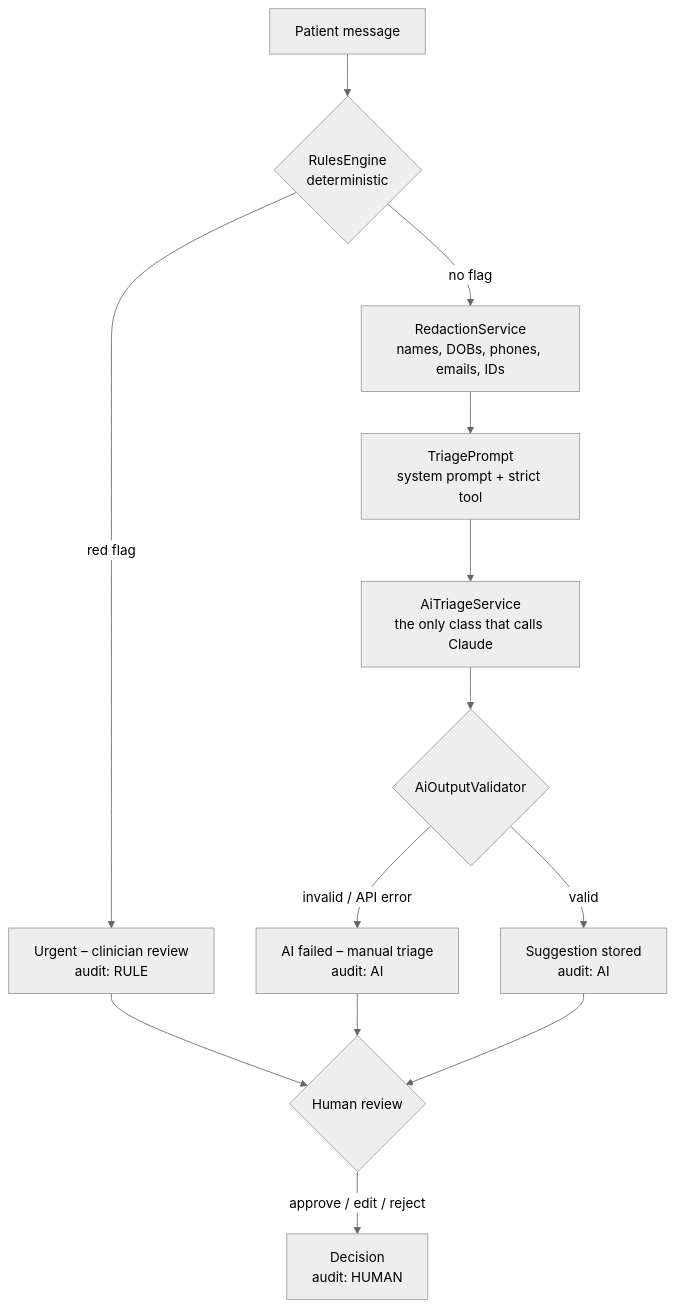
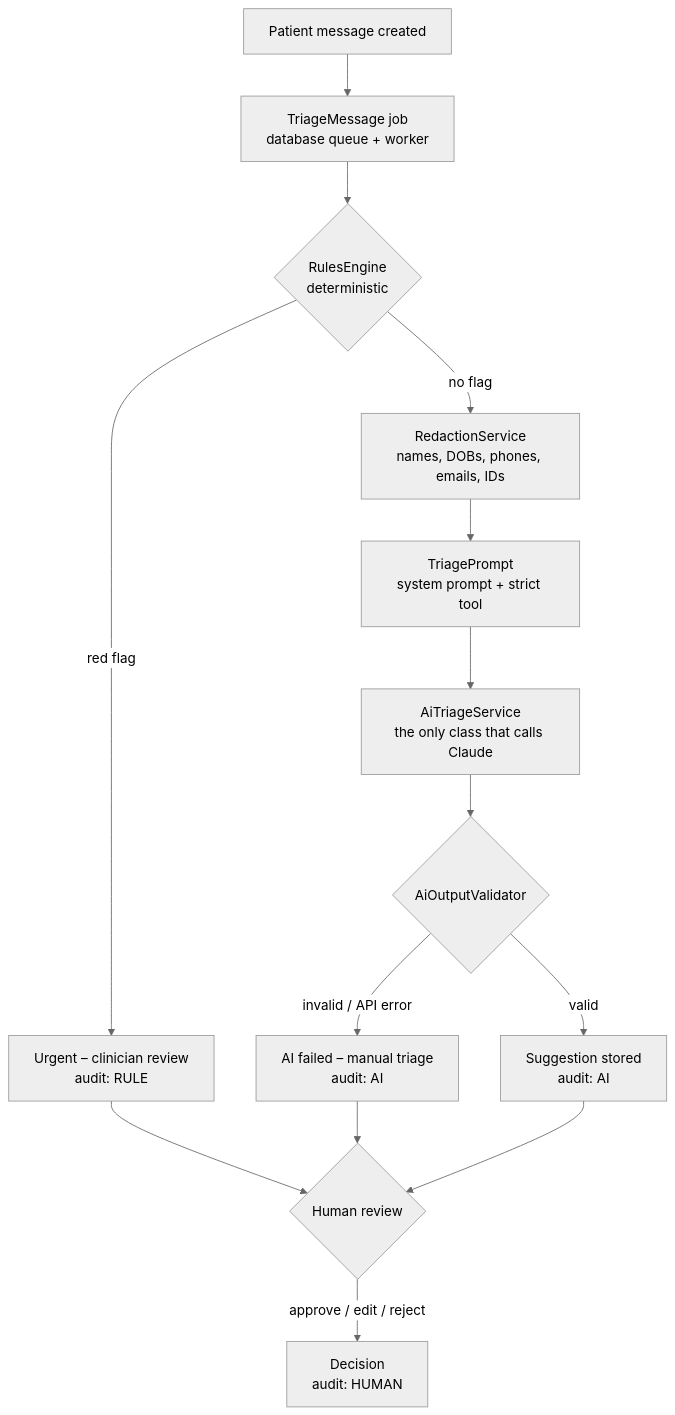
One commit to SanellaPalangic2/Telehealth-Message-Triage-Demo changed the diagram in README.md. Above: the diagram before and after it, drawn with Mermaid (neutral theme). The commit also changed other lines of this file and 34 other files, not shown here.

First line of the commit message:
Run triage automatically in a queued job

````diff
--- a/README.md
+++ b/README.md
@@ -42,15 +45,16 @@
 ```mermaid
 flowchart TD
-    M[Patient message] --> R{RulesEngine<br/>deterministic}
+    M[Patient message created] --> Q[TriageMessage job<br/>database queue + worker]
+    Q --> R{RulesEngine<br/>deterministic}
     R -- red flag --> U[Urgent – clinician review<br/>audit: RULE]
     R -- no flag --> X[RedactionService<br/>names, DOBs, phones, emails, IDs]
     X --> P[TriagePrompt<br/>system prompt + strict tool]
     P --> A[AiTriageService<br/>the only class that calls Claude]
     A --> V{AiOutputValidator}
     V -- invalid / API error --> F[AI failed – manual triage<br/>audit: AI]
     V -- valid --> S[Suggestion stored<br/>audit: AI]
     S --> H{Human review}
     U --> H
     F --> H
     H -- approve / edit / reject --> D[Decision<br/>audit: HUMAN]
 ```
````
